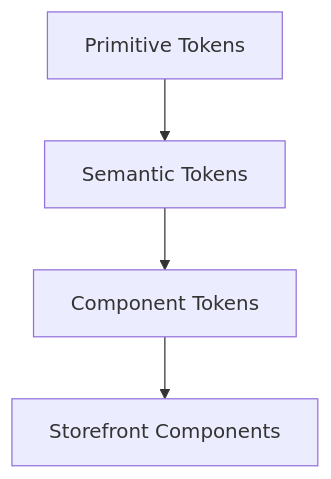
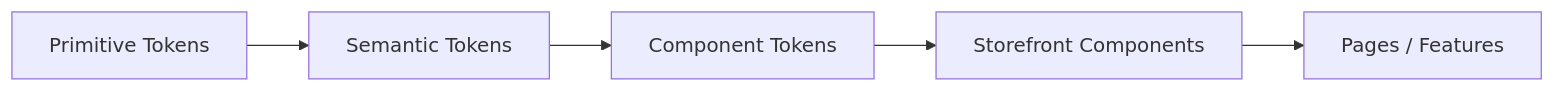
The diagram in docs/06-engineering/storefront-design-system.md (Kim-Thu/bikesport), drawn with Mermaid before and after one commit. The commit also changed other lines of this file, not shown here.

Commit message:
docs: make storefront design system concrete

````diff
--- a/docs/06-engineering/storefront-design-system.md
+++ b/docs/06-engineering/storefront-design-system.md
@@ -29,11 +12,7 @@
 ```mermaid
-flowchart TD
-    P[Primitive Tokens]
-    S[Semantic Tokens]
-    C[Component Tokens]
-    UI[Storefront Components]
-
-    P --> S
-    S --> C
-    C --> UI
+flowchart LR
+    P[Primitive Tokens] --> S[Semantic Tokens]
+    S --> C[Component Tokens]
+    C --> UI[Storefront Components]
+    UI --> PAGE[Pages / Features]
 ```
````
